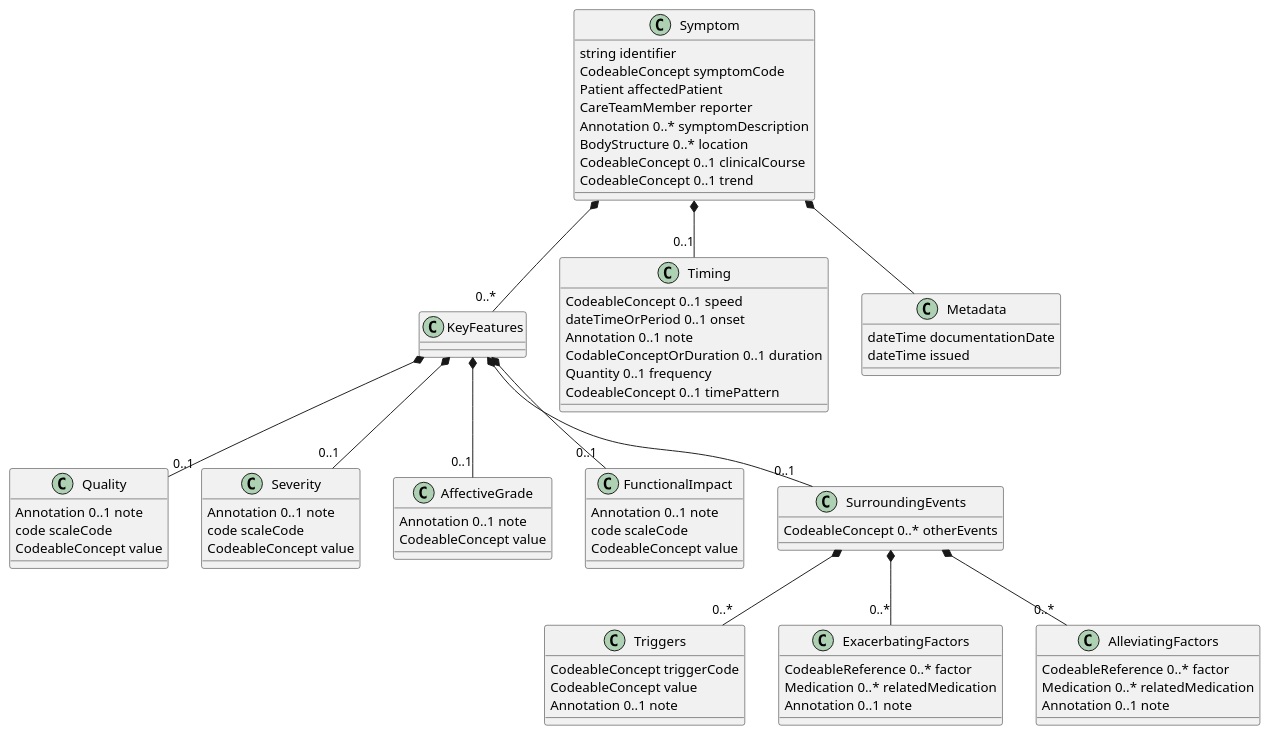
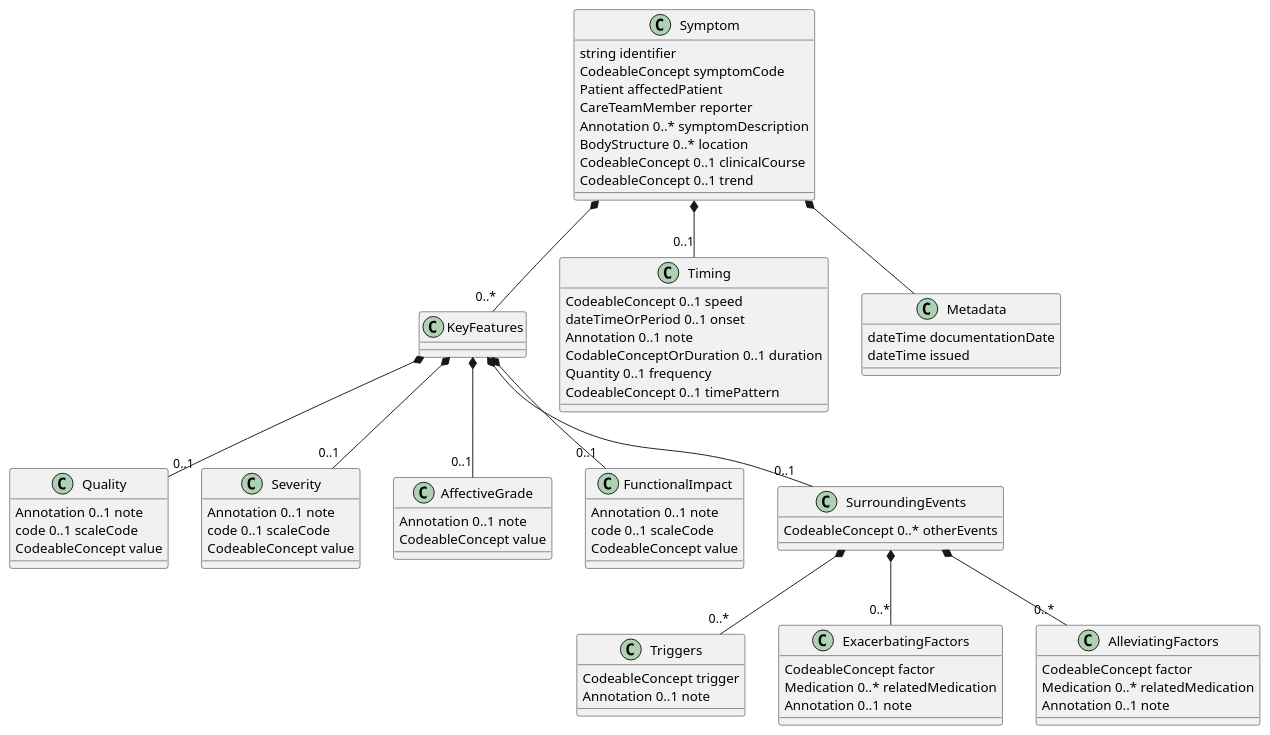
Before and after one commit to HL7/fhir-symptoms-ig: the diagram in input/images-source/SymptomLogicalModel.plantuml, drawn with PlantUML. The commit also changed 16 other files, not shown here.

```diff
--- a/input/images-source/SymptomLogicalModel.plantuml
+++ b/input/images-source/SymptomLogicalModel.plantuml
@@ -1,77 +1,76 @@
 @startuml
 class Symptom {
   string identifier
   CodeableConcept symptomCode
   Patient affectedPatient
   CareTeamMember reporter
   Annotation 0..* symptomDescription
   BodyStructure 0..* location
   CodeableConcept 0..1 clinicalCourse
   CodeableConcept 0..1 trend
 }
 Symptom *-- "0..*" KeyFeatures
 class KeyFeatures {
 }
 KeyFeatures *-- "0..1" Quality
 class Quality {
   Annotation 0..1 note
-  code scaleCode
+  code 0..1 scaleCode
   CodeableConcept value
 }
 KeyFeatures *-- "0..1" Severity
 class Severity {
   Annotation 0..1 note
-  code scaleCode
+  code 0..1 scaleCode
   CodeableConcept value
 }
 KeyFeatures *-- "0..1" AffectiveGrade
 class AffectiveGrade {
   Annotation 0..1 note
   CodeableConcept value
 }
 KeyFeatures *-- "0..1" FunctionalImpact
 class FunctionalImpact {
   Annotation 0..1 note
-  code scaleCode
+  code 0..1 scaleCode
   CodeableConcept value
 }
 KeyFeatures *-- "0..1" SurroundingEvents
 class SurroundingEvents {
   CodeableConcept 0..* otherEvents
 }
 SurroundingEvents *-- "0..*" Triggers
 class Triggers {
-  CodeableConcept triggerCode
-  CodeableConcept value
+  CodeableConcept trigger
   Annotation 0..1 note
 }
 SurroundingEvents *-- "0..*" ExacerbatingFactors
 class ExacerbatingFactors {
-  CodeableReference 0..* factor
+  CodeableConcept factor
   Medication 0..* relatedMedication
   Annotation 0..1 note
 }
 SurroundingEvents *-- "0..*" AlleviatingFactors
 class AlleviatingFactors {
-  CodeableReference 0..* factor
+  CodeableConcept factor
   Medication 0..* relatedMedication
   Annotation 0..1 note
 }
 
 Symptom *-- "0..1" Timing
 class Timing {
   CodeableConcept 0..1 speed
   dateTimeOrPeriod 0..1 onset
   Annotation 0..1 note
   CodableConceptOrDuration 0..1 duration
   Quantity 0..1 frequency
   CodeableConcept 0..1 timePattern
 }
 
 Symptom *-- Metadata
 class Metadata {
 dateTime documentationDate
 dateTime issued
 }
 
 @enduml
```
